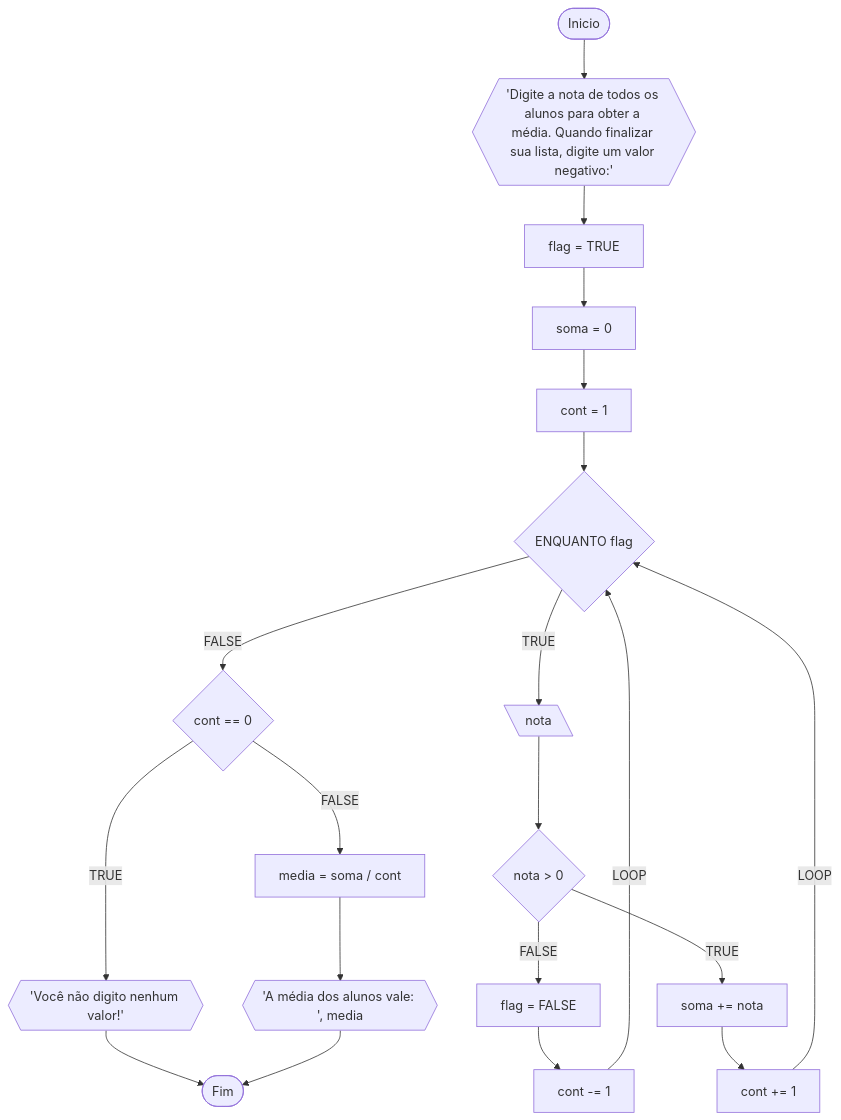
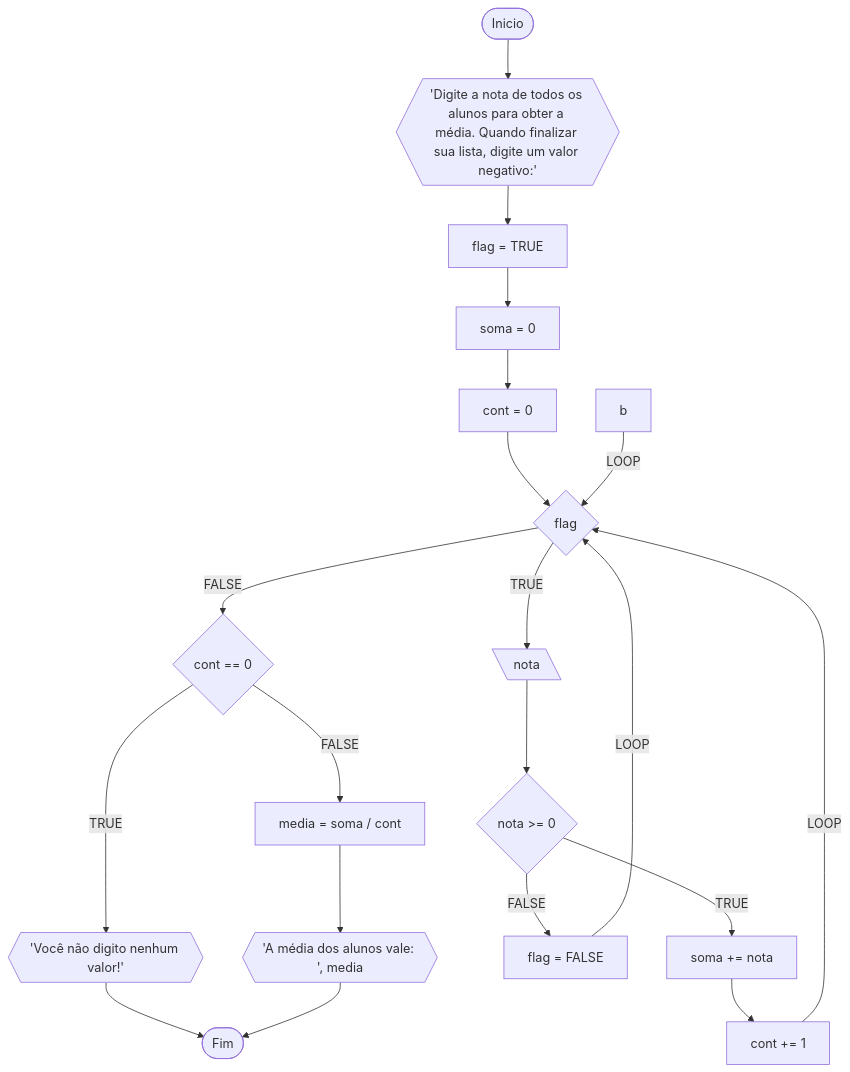
The fourth of 4 diagrams in RLA/unidade 1/lista3.md (stuffxdd/Unifor), drawn with Mermaid before and after one commit. The commit also changed other lines of this file, not shown here.

````diff
--- a/RLA/unidade 1/lista3.md
+++ b/RLA/unidade 1/lista3.md
@@ -151,21 +160,20 @@
 ```mermaid
 flowchart TD
 A([Inicio]) --> B{{'Digite a nota de todos os alunos para obter a média. Quando finalizar sua lista, digite um valor negativo:'}}
 B --> D[flag = TRUE]
 D --> E[soma = 0]
-E --> F[cont = 1]
-F --> G{ENQUANTO flag}
+E --> F[cont = 0]
+F --> G{flag}
 G --FALSE--> c{cont == 0} --FALSE--> H[media = soma / cont]
 c --TRUE--> d{{'Você não digito nenhum valor!'}} --> Z
 H --> I{{'A média dos alunos vale: ', media}} --> Z
 G --TRUE--> J[\nota\]
-J --> L{nota > 0}
-L --FALSE--> M[flag = FALSE]
-M --> b[cont -= 1]
+J --> L{nota >= 0}
+L --FALSE--> M[flag = FALSE] --LOOP--> G
 b --LOOP--> G
 L --TRUE--> N[soma += nota]
 N --> O[cont += 1]
 O --LOOP--> G
 
 Z([Fim])
 ```
````
